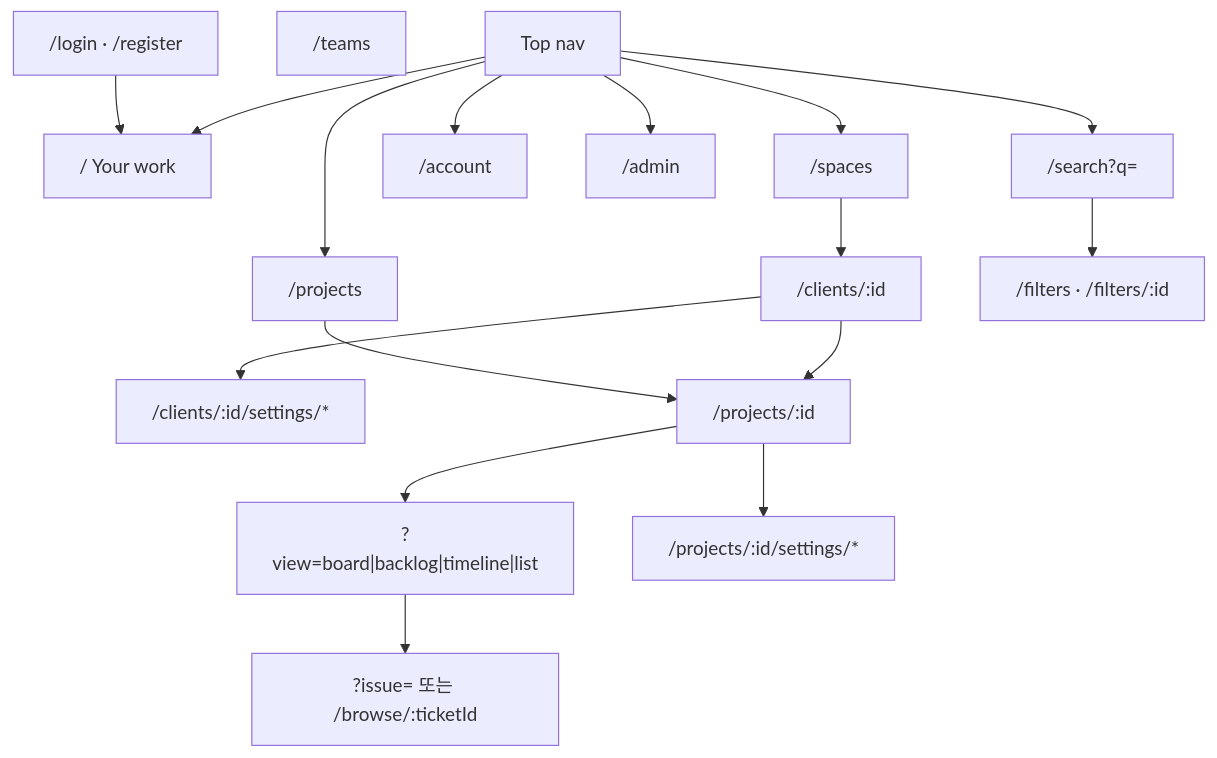
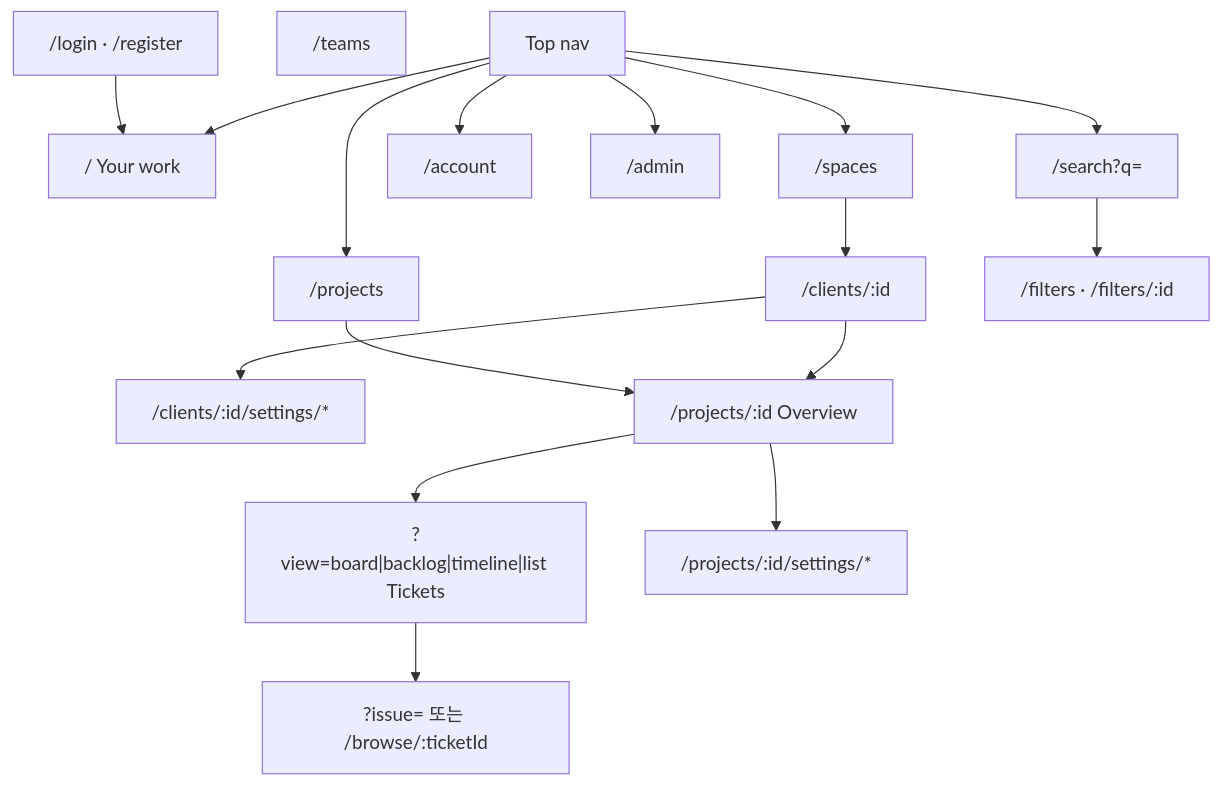
Before and after one commit to yoosungung/sw-factory: the diagram in frontend/ia/overview.md, drawn with Mermaid. The commit also changed other lines of this file and 19 other files, not shown here.

Commit message:
Separate project Overview from Tickets and move Space settings into the sidebar.

````diff
--- a/frontend/ia/overview.md
+++ b/frontend/ia/overview.md
@@ -36,34 +36,34 @@
 ```mermaid
 flowchart TB
   Auth["/login · /register"]
   YW["/  Your work"]
   Home["/projects"]
   Spaces["/spaces"]
   Space["/clients/:id"]
   SpaceSet["/clients/:id/settings/*"]
-  Proj["/projects/:id"]
-  Views["?view=board|backlog|timeline|list"]
+  Proj["/projects/:id Overview"]
+  Views["?view=board|backlog|timeline|list Tickets"]
   PSet["/projects/:id/settings/*"]
   Filters["/filters · /filters/:id"]
   Teams["/teams"]
   Account["/account"]
   Admin["/admin"]
   Search["/search?q="]
   Issue["?issue= 또는 /browse/:ticketId"]
 
   Auth --> YW
   Top[Top nav] --> Spaces
   Top --> Home
   Top --> YW
   Top --> Search
   Top --> Account
   Top --> Admin
   Spaces --> Space
   Home --> Proj
   Space --> Proj
   Proj --> Views
   Views --> Issue
   Space --> SpaceSet
   Proj --> PSet
   Search --> Filters
 ```
````
